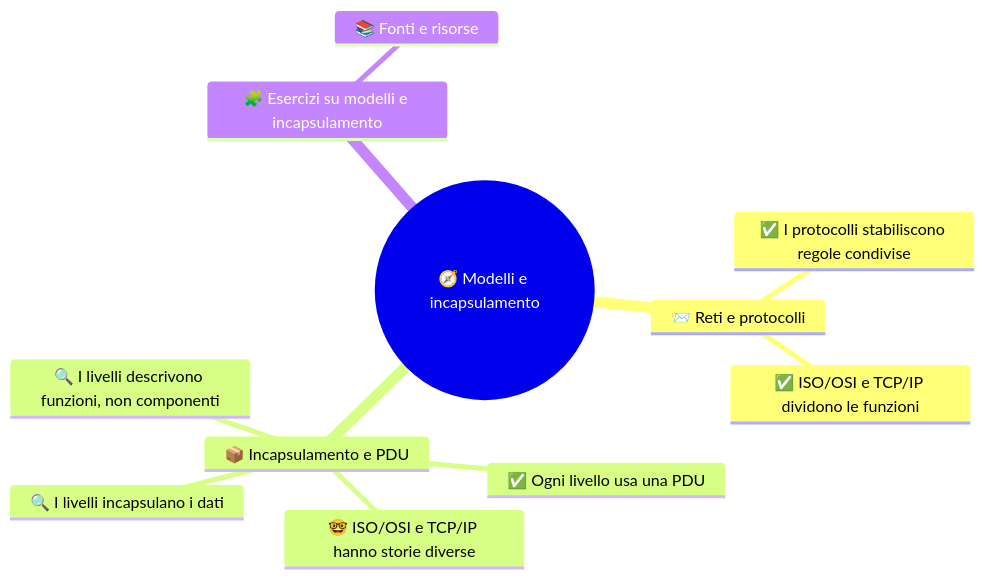
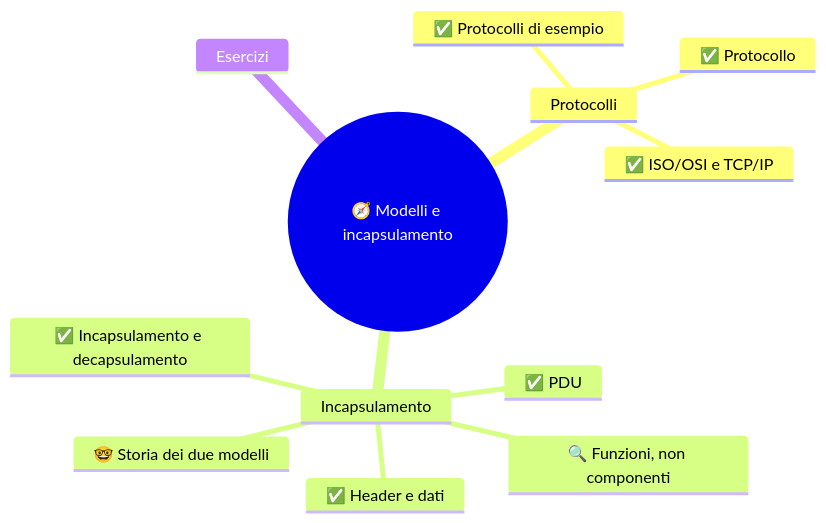
Before and after one commit to Neeqstock/dispense-caramuel: the diagram in 4DI - Sistemi e Reti/1 SETT-OTT/(STU) 4DI sett-ott S1 - Modelli e incapsulamento.md, drawn with Mermaid. The commit also changed other lines of this file and 19 other files, not shown here.

Commit message:
4DI, mermaid

````diff
--- a/4DI - Sistemi e Reti/1 SETT-OTT/(STU) 4DI sett-ott S1 - Modelli e incapsulamento.md
+++ b/4DI - Sistemi e Reti/1 SETT-OTT/(STU) 4DI sett-ott S1 - Modelli e incapsulamento.md
@@ -8,14 +13,15 @@
 ```mermaid
 mindmap
   root((🧭 Modelli e incapsulamento))
-    📨 Reti e protocolli
-      ✅ I protocolli stabiliscono regole condivise
-      ✅ ISO/OSI e TCP/IP dividono le funzioni
-    📦 Incapsulamento e PDU
-      ✅ Ogni livello usa una PDU
-      🔍 I livelli incapsulano i dati
-      🔍 I livelli descrivono funzioni, non componenti
-      🤓 ISO/OSI e TCP/IP hanno storie diverse
-    🧩 Esercizi su modelli e incapsulamento
-      📚 Fonti e risorse
+    Protocolli
+      ✅ Protocollo
+      ✅ ISO/OSI e TCP/IP
+      ✅ Protocolli di esempio
+    Incapsulamento
+      ✅ Header e dati
+      ✅ PDU
+      ✅ Incapsulamento e decapsulamento
+      🔍 Funzioni, non componenti
+      🤓 Storia dei due modelli
+    Esercizi
 ```
````
